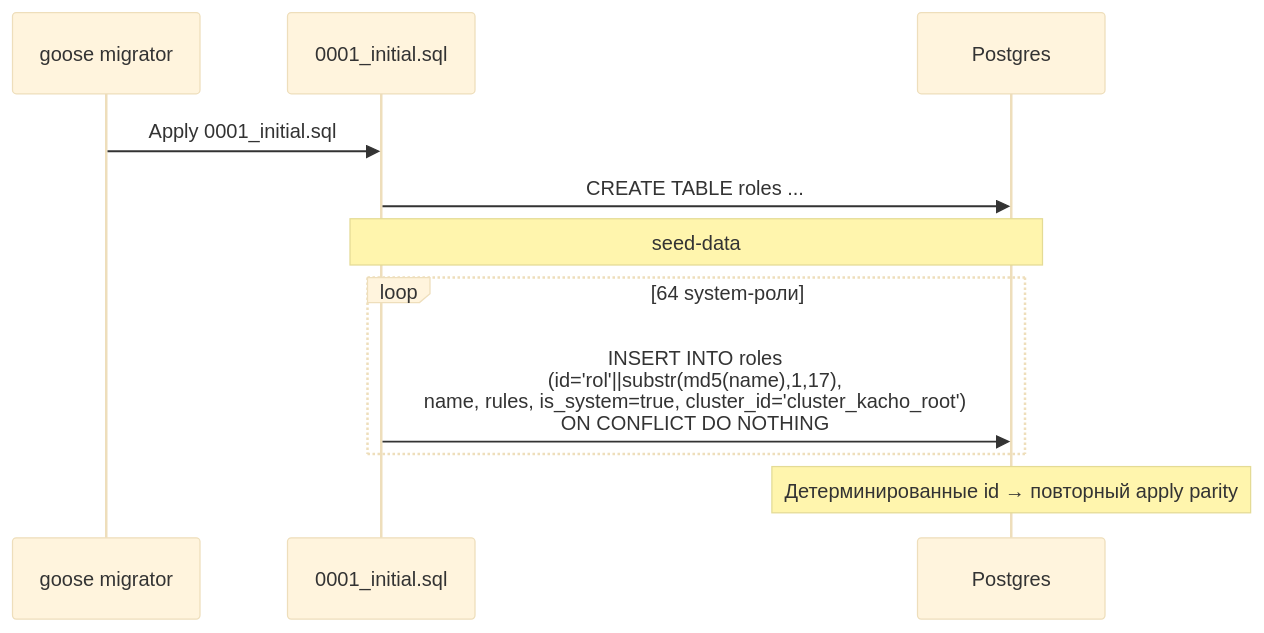
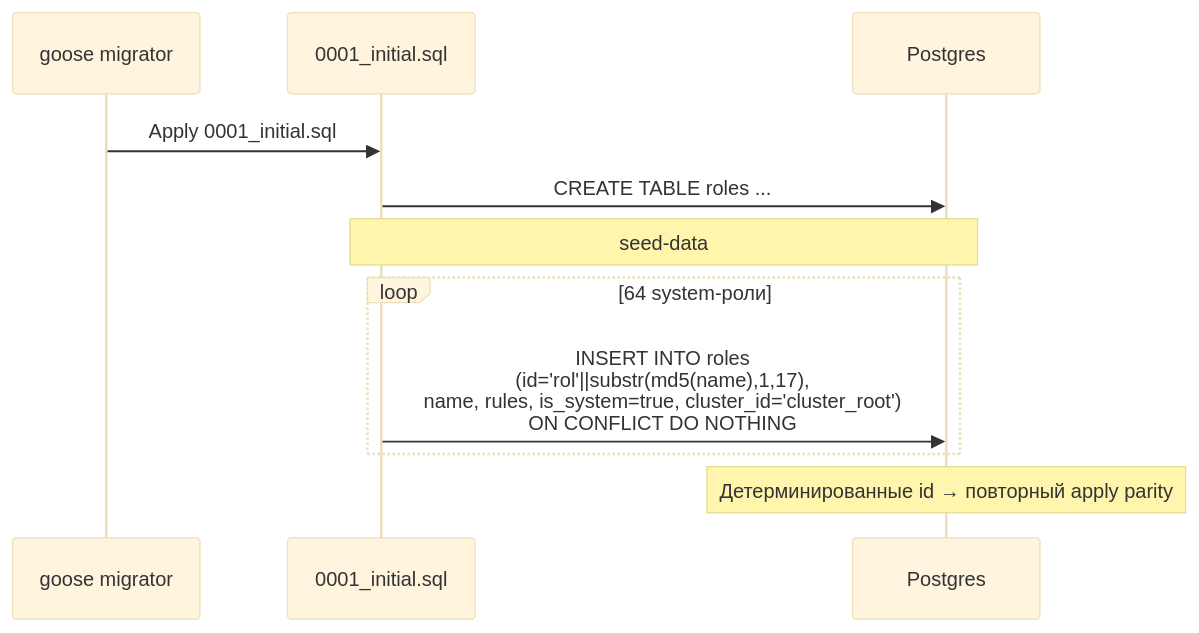
Before and after one commit to PRO-Robotech/kacho: the second of 2 diagrams in services/iam/docs/engineering/components/07-role.md, drawn with Mermaid (base theme). The commit also changed other lines of this file and 5005 other files, not shown here.

````diff
--- a/services/iam/docs/engineering/components/07-role.md
+++ b/services/iam/docs/engineering/components/07-role.md
@@ -112,14 +112,14 @@
 ```mermaid
 sequenceDiagram
     participant Goose as goose migrator
     participant SQL as 0001_initial.sql
     participant DB as Postgres
 
     Goose->>SQL: Apply 0001_initial.sql
     SQL->>DB: CREATE TABLE roles ...
     Note over SQL,DB: seed-data
     loop 64 system-роли
-        SQL->>DB: INSERT INTO roles<br/>(id='rol'||substr(md5(name),1,17),<br/>name, rules, is_system=true, cluster_id='cluster_kacho_root')<br/>ON CONFLICT DO NOTHING
+        SQL->>DB: INSERT INTO roles<br/>(id='rol'||substr(md5(name),1,17),<br/>name, rules, is_system=true, cluster_id='cluster_root')<br/>ON CONFLICT DO NOTHING
     end
     Note over DB: Детерминированные id → повторный apply parity
 ```
````
